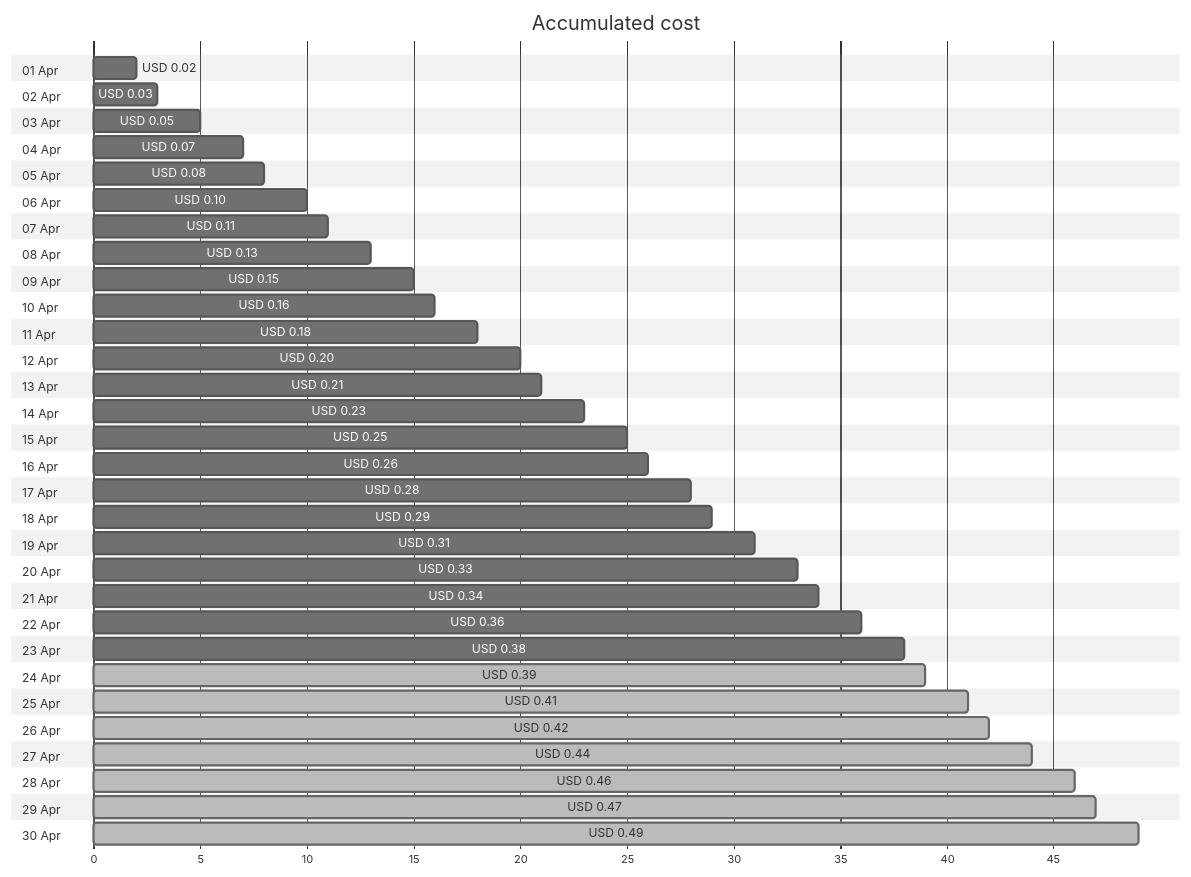
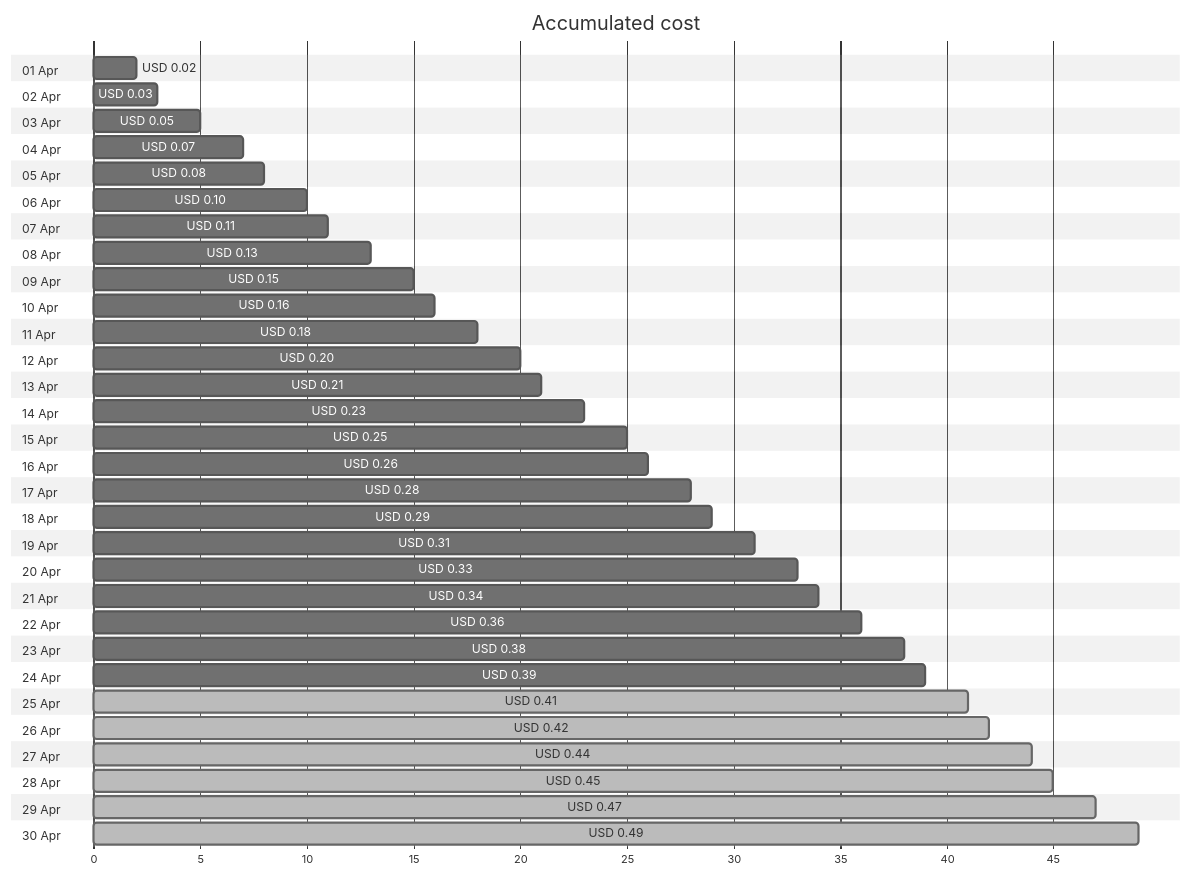
One commit to jpfulton/azure-personal-reports changed the first of 4 diagrams in cost-reports/personal-dns/jpatrickfulton.com.md. Above: the diagram before and after it, drawn with Mermaid (neutral theme). The commit also changed other lines of this file and 2 other files, not shown here.

````diff
--- a/cost-reports/personal-dns/jpatrickfulton.com.md
+++ b/cost-reports/personal-dns/jpatrickfulton.com.md
@@ -20,66 +20,66 @@
 ```mermaid
 gantt
    title Accumulated cost
    dateFormat  X
    axisFormat %s
    section 01 Apr
    USD 0.02 :0, 2
    section 02 Apr
    USD 0.03 :0, 3
    section 03 Apr
    USD 0.05 :0, 5
    section 04 Apr
    USD 0.07 :0, 7
    section 05 Apr
    USD 0.08 :0, 8
    section 06 Apr
    USD 0.10 :0, 10
    section 07 Apr
    USD 0.11 :0, 11
    section 08 Apr
    USD 0.13 :0, 13
    section 09 Apr
    USD 0.15 :0, 15
    section 10 Apr
    USD 0.16 :0, 16
    section 11 Apr
    USD 0.18 :0, 18
    section 12 Apr
    USD 0.20 :0, 20
    section 13 Apr
    USD 0.21 :0, 21
    section 14 Apr
    USD 0.23 :0, 23
    section 15 Apr
    USD 0.25 :0, 25
    section 16 Apr
    USD 0.26 :0, 26
    section 17 Apr
    USD 0.28 :0, 28
    section 18 Apr
    USD 0.29 :0, 29
    section 19 Apr
    USD 0.31 :0, 31
    section 20 Apr
    USD 0.33 :0, 33
    section 21 Apr
    USD 0.34 :0, 34
    section 22 Apr
    USD 0.36 :0, 36
    section 23 Apr
    USD 0.38 :0, 38
    section 24 Apr
-   USD 0.39 : done, 0, 39
+   USD 0.39 :0, 39
    section 25 Apr
    USD 0.41 : done, 0, 41
    section 26 Apr
    USD 0.42 : done, 0, 42
    section 27 Apr
    USD 0.44 : done, 0, 44
    section 28 Apr
-   USD 0.46 : done, 0, 46
+   USD 0.45 : done, 0, 45
    section 29 Apr
    USD 0.47 : done, 0, 47
    section 30 Apr
    USD 0.49 : done, 0, 49
 ```
````
